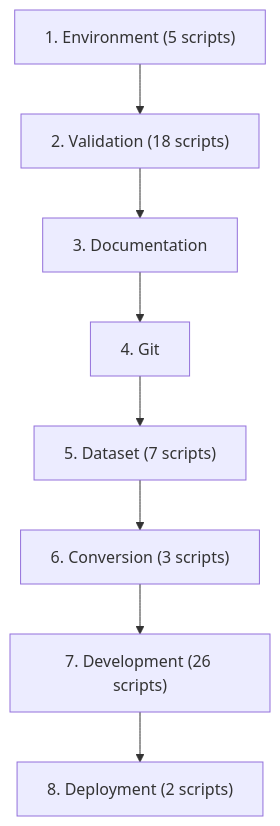
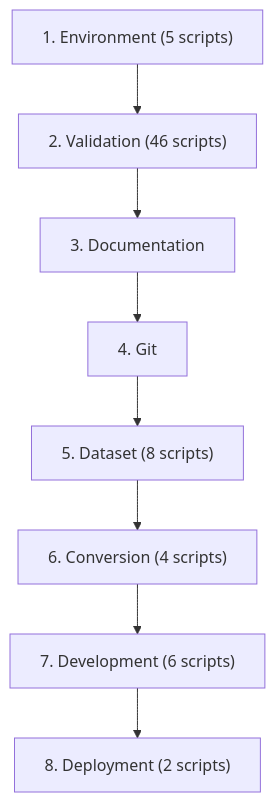
Before and after one commit to chanuka8/argus-gait-recognition: the second of 3 diagrams in scripts/README.md, drawn with Mermaid. The commit also changed other lines of this file and 61 other files, not shown here.

````diff
--- a/scripts/README.md
+++ b/scripts/README.md
@@ -929,18 +963,18 @@
 ```mermaid
 flowchart TD
     step1["1. Environment (5 scripts)"]
-    step2["2. Validation (18 scripts)"]
+    step2["2. Validation (46 scripts)"]
     step1 --> step2
     step3["3. Documentation"]
     step2 --> step3
     step4["4. Git"]
     step3 --> step4
-    step5["5. Dataset (7 scripts)"]
+    step5["5. Dataset (8 scripts)"]
     step4 --> step5
-    step6["6. Conversion (3 scripts)"]
+    step6["6. Conversion (4 scripts)"]
     step5 --> step6
-    step7["7. Development (26 scripts)"]
+    step7["7. Development (6 scripts)"]
     step6 --> step7
     step8["8. Deployment (2 scripts)"]
     step7 --> step8
 ```
````
